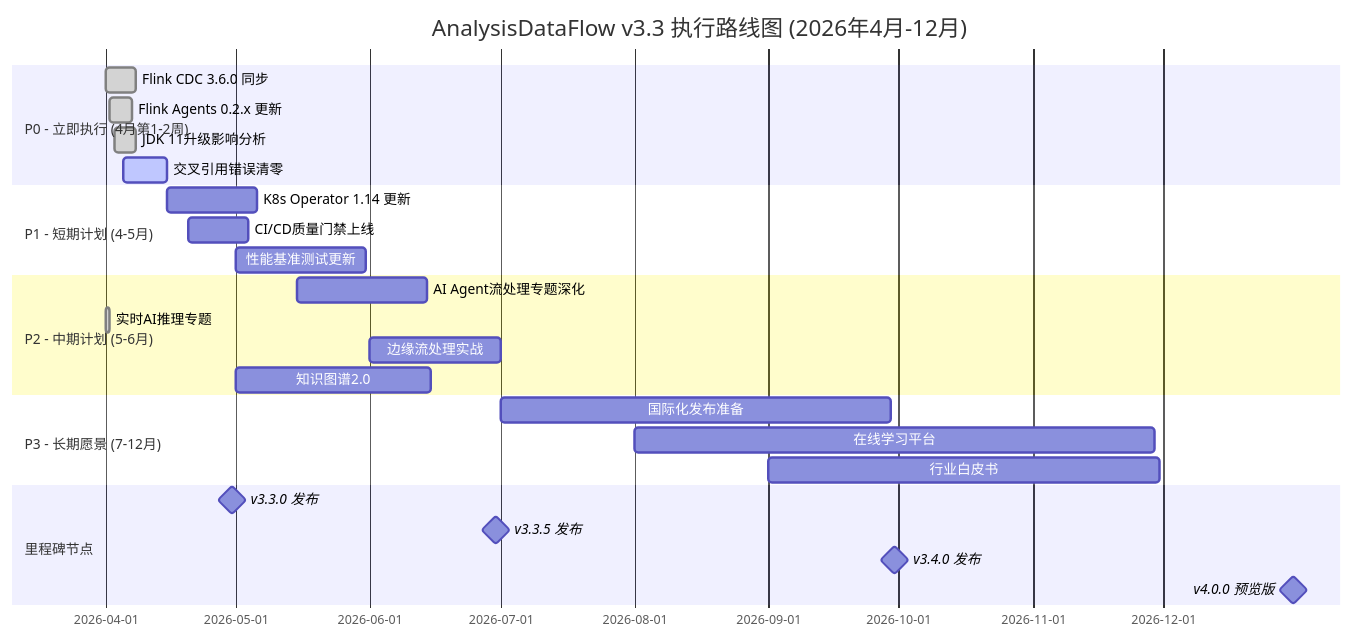
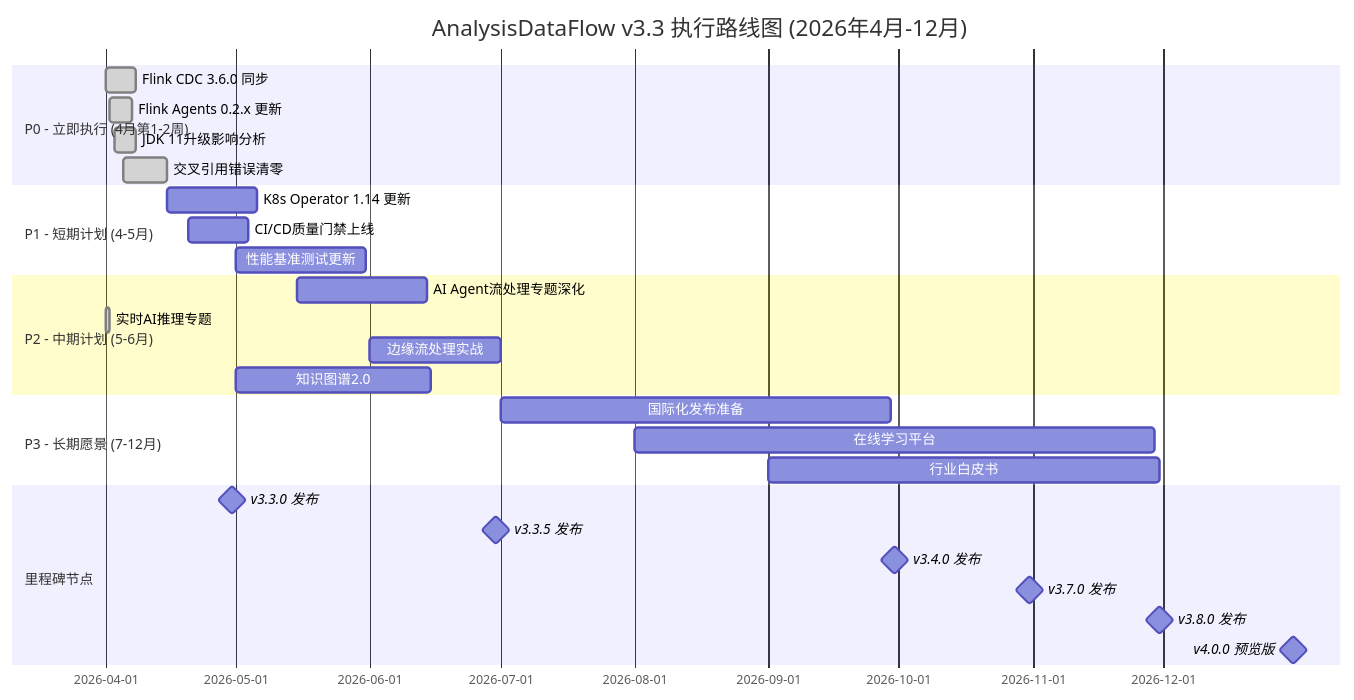
One commit to AdaMartin18010/AnalysisDataFlow changed the first of 7 diagrams in ROADMAP-v3.3-and-beyond.md. Above: the diagram before and after it, drawn with Mermaid. The commit also changed other lines of this file and 40 other files, not shown here.

````diff
--- a/ROADMAP-v3.3-and-beyond.md
+++ b/ROADMAP-v3.3-and-beyond.md
@@ -23,33 +23,35 @@
 ```mermaid
 gantt
     title AnalysisDataFlow v3.3 执行路线图 (2026年4月-12月)
     dateFormat  YYYY-MM-DD
 
     section P0 - 立即执行 (4月第1-2周)
     Flink CDC 3.6.0 同步      :done, p0-1, 2026-04-01, 7d
     Flink Agents 0.2.x 更新   :done, p0-2, 2026-04-02, 5d
     JDK 11升级影响分析        :done, p0-3, 2026-04-03, 5d
-    交叉引用错误清零          :active, p0-4, 2026-04-05, 10d
+    交叉引用错误清零          :done, p0-4, 2026-04-05, 10d
 
     section P1 - 短期计划 (4-5月)
     K8s Operator 1.14 更新    :p1-1, 2026-04-15, 21d
     CI/CD质量门禁上线         :p1-2, 2026-04-20, 14d
     性能基准测试更新          :p1-3, 2026-05-01, 30d
 
     section P2 - 中期计划 (5-6月)
     AI Agent流处理专题深化    :p2-1, 2026-05-15, 30d
     实时AI推理专题            :done, p2-2, 2026-04-01, 1d
     边缘流处理实战            :p2-3, 2026-06-01, 30d
     知识图谱2.0               :p2-4, 2026-05-01, 45d
 
     section P3 - 长期愿景 (7-12月)
     国际化发布准备            :p3-1, 2026-07-01, 90d
     在线学习平台              :p3-2, 2026-08-01, 120d
     行业白皮书                :p3-3, 2026-09-01, 90d
 
     section 里程碑节点
     v3.3.0 发布               :milestone, m1, 2026-04-30, 0d
     v3.3.5 发布               :milestone, m2, 2026-06-30, 0d
     v3.4.0 发布               :milestone, m3, 2026-09-30, 0d
+    v3.7.0 发布               :milestone, m5, 2026-10-31, 0d
+    v3.8.0 发布               :milestone, m6, 2026-11-30, 0d
     v4.0.0 预览版             :milestone, m4, 2026-12-31, 0d
 ```
````
